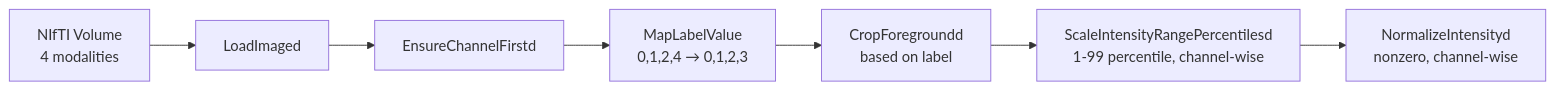
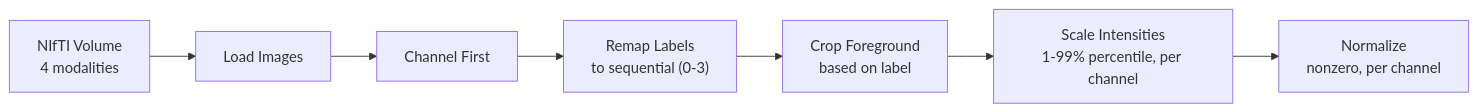
The third of 5 diagrams in README.md (nour-hossam7/CortexAI), drawn with Mermaid before and after one commit. The commit also changed other lines of this file, not shown here.

````diff
--- a/README.md
+++ b/README.md
@@ -499,9 +499,9 @@
 ```mermaid
 flowchart LR
-    A[NIfTI Volume<br/>4 modalities] --> B[LoadImaged]
-    B --> C[EnsureChannelFirstd]
-    C --> D[MapLabelValue<br/>0,1,2,4 → 0,1,2,3]
-    D --> E[CropForegroundd<br/>based on label]
-    E --> F[ScaleIntensityRangePercentilesd<br/>1-99 percentile, channel-wise]
-    F --> G[NormalizeIntensityd<br/>nonzero, channel-wise]
+    A["NIfTI Volume\n4 modalities"] --> B["Load Images"]
+    B --> C["Channel First"]
+    C --> D["Remap Labels\nto sequential (0-3)"]
+    D --> E["Crop Foreground\nbased on label"]
+    E --> F["Scale Intensities\n1-99% percentile, per channel"]
+    F --> G["Normalize\nnonzero, per channel"]
 ```
````
